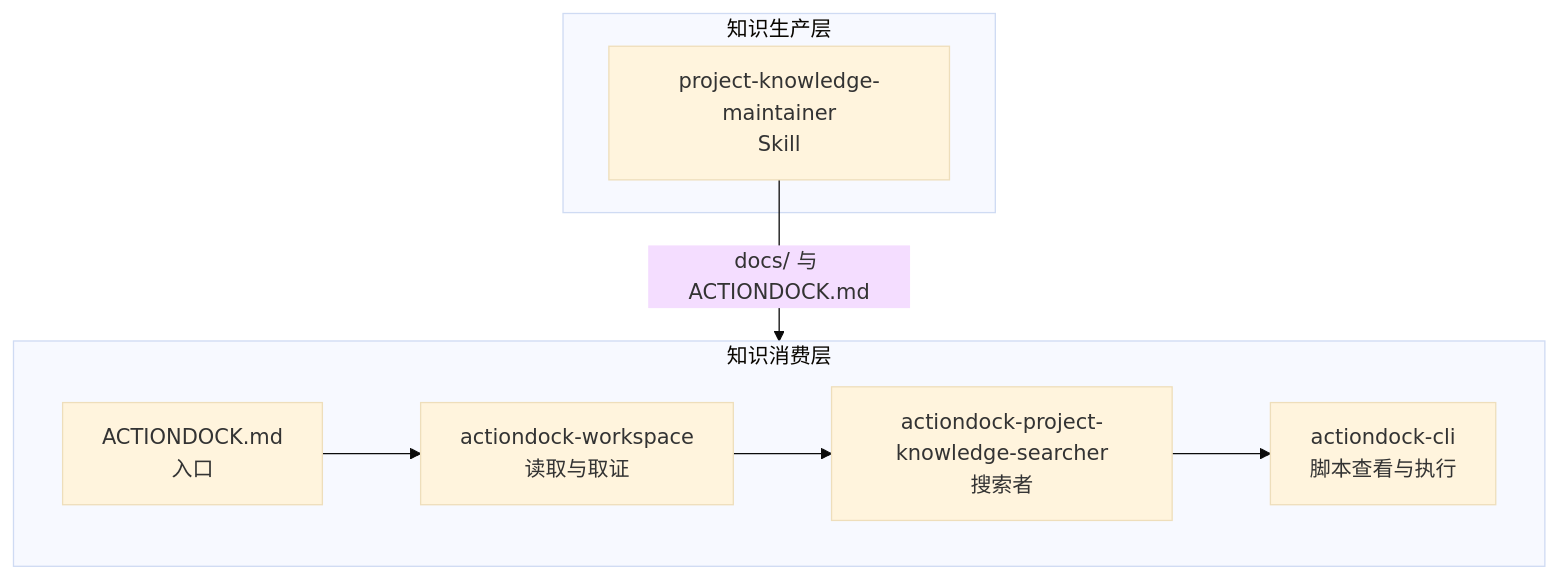
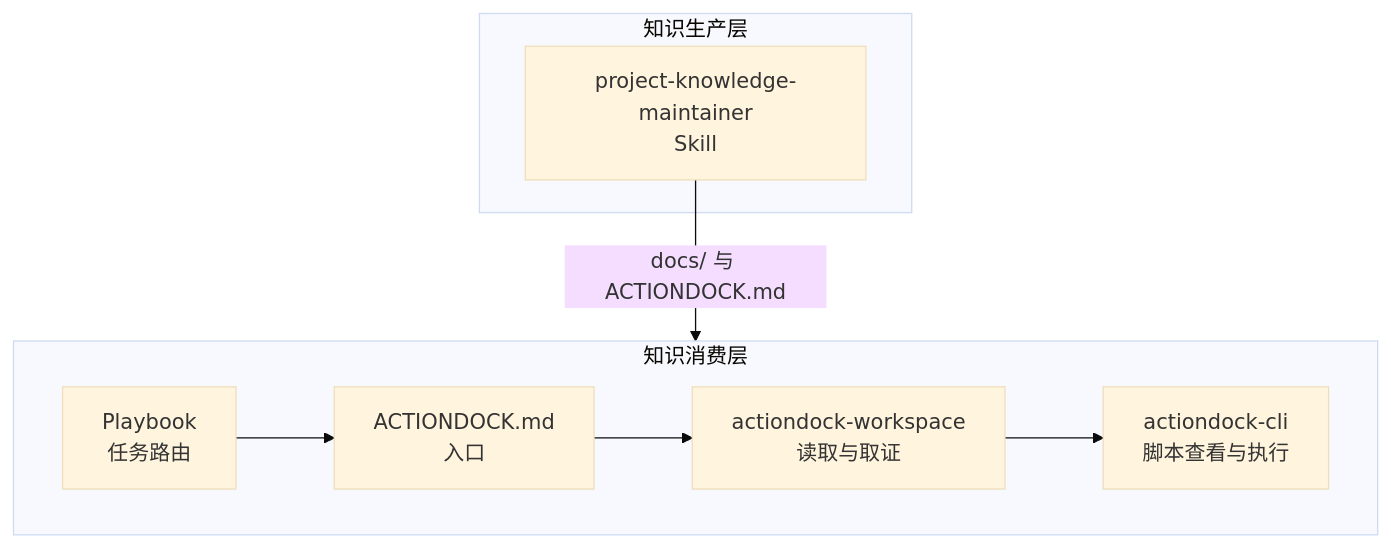
One commit to team4u/actiondock changed the diagram in docs/project-knowledge.md. Above: the diagram before and after it, drawn with Mermaid (base theme). The commit also changed other lines of this file and 13 other files, not shown here.

````diff
--- a/docs/project-knowledge.md
+++ b/docs/project-knowledge.md
@@ -102,19 +105,19 @@
 ```mermaid
 flowchart TB
   subgraph Production[知识生产层]
     A[project-knowledge-maintainer<br/>Skill]
   end
 
   A -->|docs/ 与 ACTIONDOCK.md| Consumption[知识消费层]
 
   subgraph Consumption[知识消费层]
-    B[ACTIONDOCK.md<br/>入口]
-    C[actiondock-workspace<br/>读取与取证]
-    D[actiondock-project-knowledge-searcher<br/>搜索者]
+    B[Playbook<br/>任务路由]
+    C[ACTIONDOCK.md<br/>入口]
+    D[actiondock-workspace<br/>读取与取证]
     E[actiondock-cli<br/>脚本查看与执行]
   end
 
   B --> C
   C --> D
   D --> E
 ```
````
